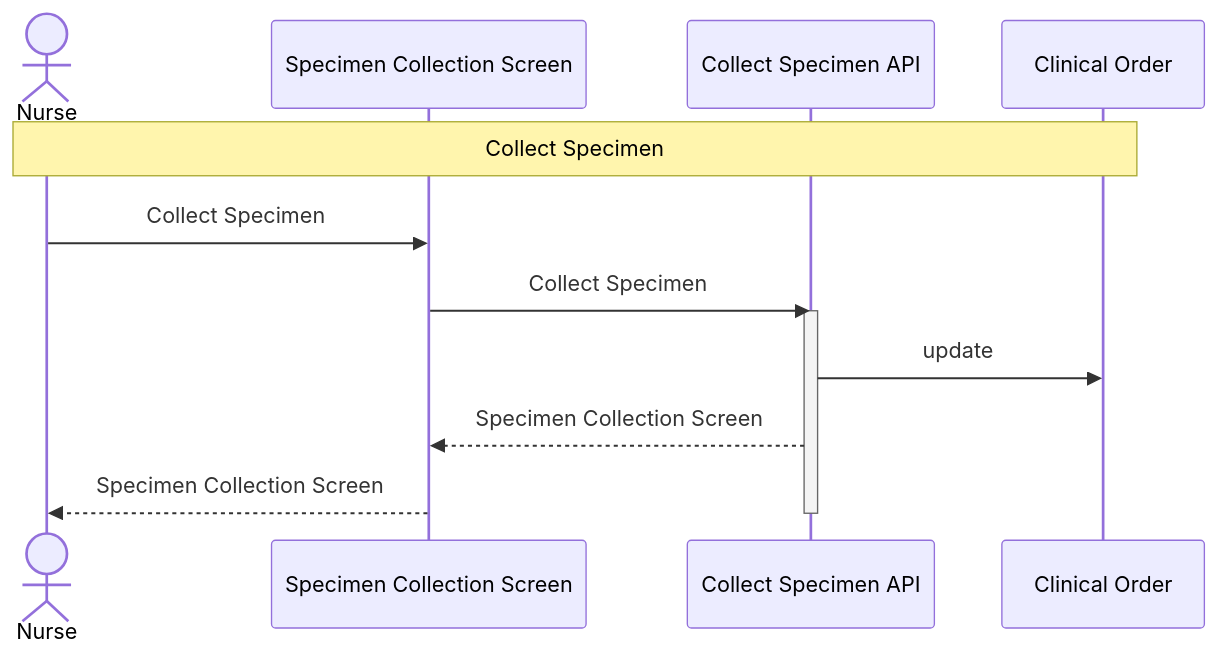
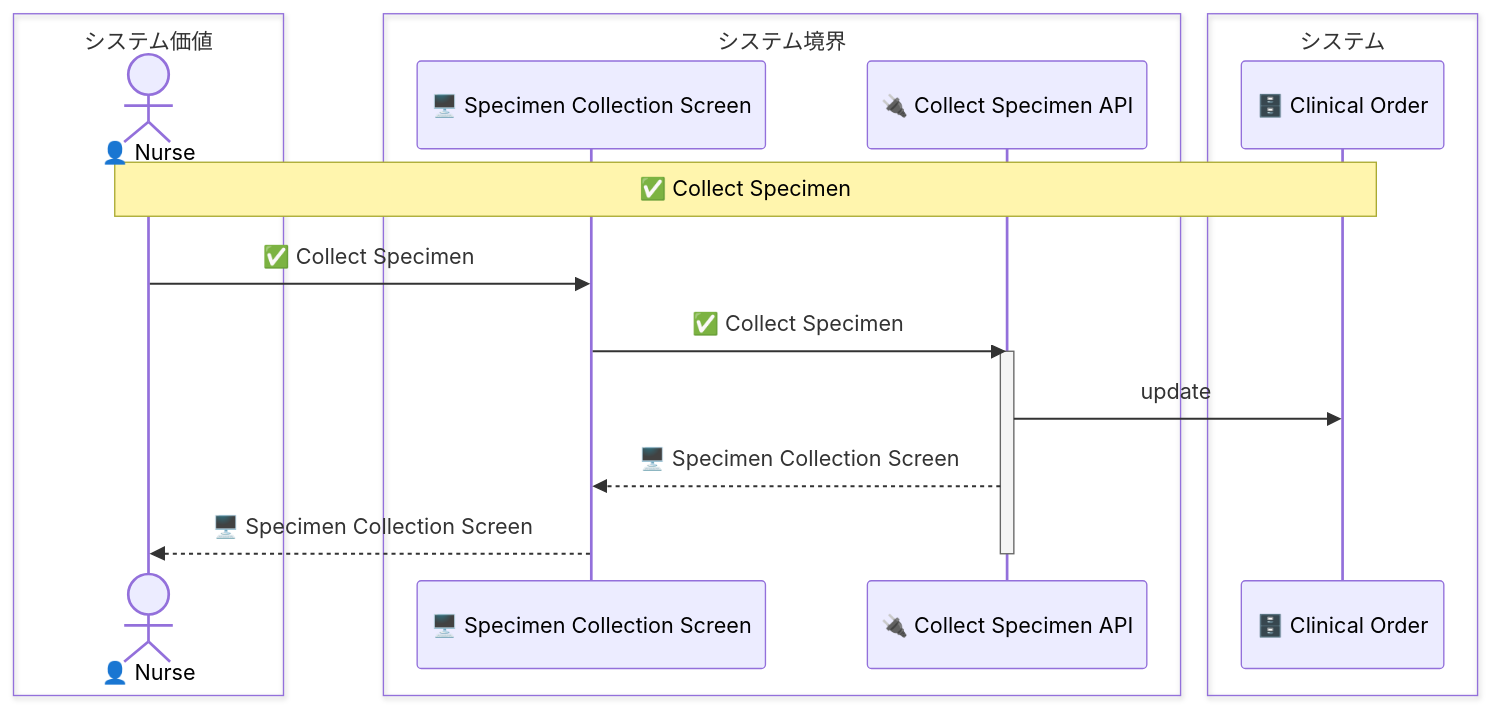
One commit to manji-0/rdra-ish-dsl changed the diagram in samples/clinic-ops/out/uc/sequence_collect_specimen.mmd. Above: the diagram before and after it, drawn with Mermaid. The commit also changed 114 other files, not shown here.

Commit message:
feat: update rdra diagram layering

```diff
--- a/samples/clinic-ops/out/uc/sequence_collect_specimen.mmd
+++ b/samples/clinic-ops/out/uc/sequence_collect_specimen.mmd
@@ -1,14 +1,20 @@
 sequenceDiagram
-  actor Nurse as Nurse
-  participant SpecimenScreen as Specimen Collection Screen
-  participant CollectSpecimenApi as Collect Specimen API
-  participant ClinicalOrder as Clinical Order
+  box システム価値
+    actor Nurse as 👤 Nurse
+  end
+  box システム境界
+    participant SpecimenScreen as 🖥️ Specimen Collection Screen
+    participant CollectSpecimenApi as 🔌 Collect Specimen API
+  end
+  box システム
+    participant ClinicalOrder as 🗄️ Clinical Order
+  end
 
-  Note over Nurse,ClinicalOrder: Collect Specimen
-  Nurse->>SpecimenScreen: Collect Specimen
-  SpecimenScreen->>CollectSpecimenApi: Collect Specimen
+  Note over Nurse,ClinicalOrder: ✅ Collect Specimen
+  Nurse->>SpecimenScreen: ✅ Collect Specimen
+  SpecimenScreen->>CollectSpecimenApi: ✅ Collect Specimen
   activate CollectSpecimenApi
   CollectSpecimenApi->>ClinicalOrder: update
-  CollectSpecimenApi-->>SpecimenScreen: Specimen Collection Screen
-  SpecimenScreen-->>Nurse: Specimen Collection Screen
+  CollectSpecimenApi-->>SpecimenScreen: 🖥️ Specimen Collection Screen
+  SpecimenScreen-->>Nurse: 🖥️ Specimen Collection Screen
   deactivate CollectSpecimenApi
```
